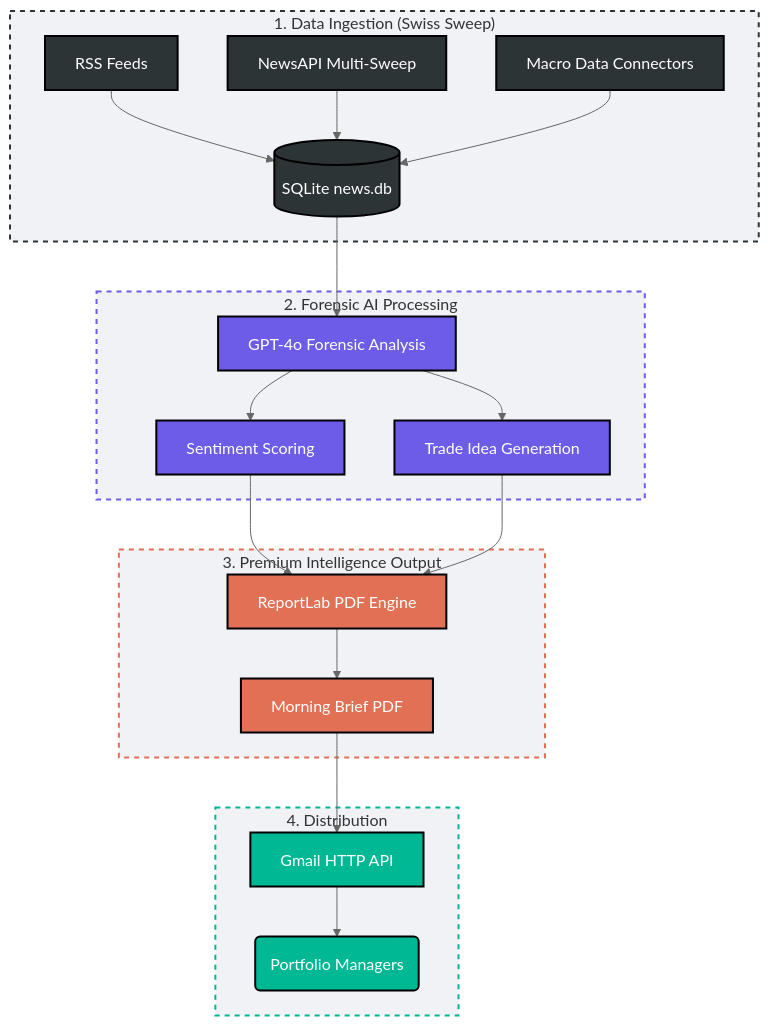
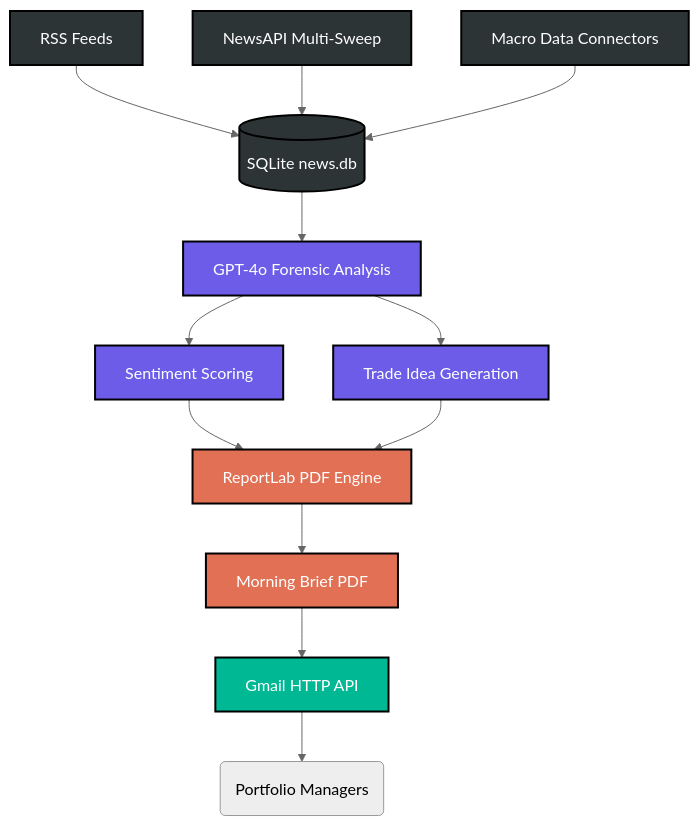
The diagram in README.md (sidmalireddi10/apeiro-investments), drawn with Mermaid (neutral theme) before and after one commit.

Commit message:
README update

````diff
--- a/README.md
+++ b/README.md
@@ -9,36 +9,22 @@
 ```mermaid
 graph TD
     classDef ingestion fill:#2d3436,stroke:#000,stroke-width:2px,color:#fff
     classDef processing fill:#6c5ce7,stroke:#000,stroke-width:2px,color:#fff
     classDef output fill:#e17055,stroke:#000,stroke-width:2px,color:#fff
     classDef distribution fill:#00b894,stroke:#000,stroke-width:2px,color:#fff
 
-    subgraph INGESTION ["1. Data Ingestion (Swiss Sweep)"]
-        RSS[RSS Feeds]:::ingestion --> DB[(SQLite news.db)]:::ingestion
-        NAPI[NewsAPI Multi-Sweep]:::ingestion --> DB
-        MDC[Macro Data Connectors]:::ingestion --> DB
-    end
+    RSS[RSS Feeds]:::ingestion --> DB[(SQLite news.db)]:::ingestion
+    NAPI[NewsAPI Multi-Sweep]:::ingestion --> DB
+    MDC[Macro Data Connectors]:::ingestion --> DB
 
-    subgraph PROCESSING ["2. Forensic AI Processing"]
-        DB --> AI[GPT-4o Forensic Analysis]:::processing
-        AI --> SENT[Sentiment Scoring]:::processing
-        AI --> TRAD[Trade Idea Generation]:::processing
-    end
+    DB --> AI[GPT-4o Forensic Analysis]:::processing
+    AI --> SENT[Sentiment Scoring]:::processing
+    AI --> TRAD[Trade Idea Generation]:::processing
 
-    subgraph OUTPUT ["3. Premium Intelligence Output"]
-        SENT --> PDF[ReportLab PDF Engine]:::output
-        TRAD --> PDF
-        PDF --> REPORT[Morning Brief PDF]:::output
-    end
+    SENT --> PDF[ReportLab PDF Engine]:::output
+    TRAD --> PDF
+    PDF --> REPORT[Morning Brief PDF]:::output
 
-    subgraph DISTRIBUTION ["4. Distribution"]
-        REPORT --> GMAIL[Gmail HTTP API]:::distribution
-        GMAIL --> EMAIL(Portfolio Managers):::distribution
-    end
-
-    %% Global adjustments
-    style INGESTION fill:#f1f2f6,stroke:#2d3436,stroke-width:2px,stroke-dasharray: 5 5
-    style PROCESSING fill:#f1f2f6,stroke:#6c5ce7,stroke-width:2px,stroke-dasharray: 5 5
-    style OUTPUT fill:#f1f2f6,stroke:#e17055,stroke-width:2px,stroke-dasharray: 5 5
-    style DISTRIBUTION fill:#f1f2f6,stroke:#00b894,stroke-width:2px,stroke-dasharray: 5 5
+    REPORT --> GMAIL[Gmail HTTP API]:::distribution
+    GMAIL --> EMAIL(Portfolio Managers)::::distribution
 ```
````
